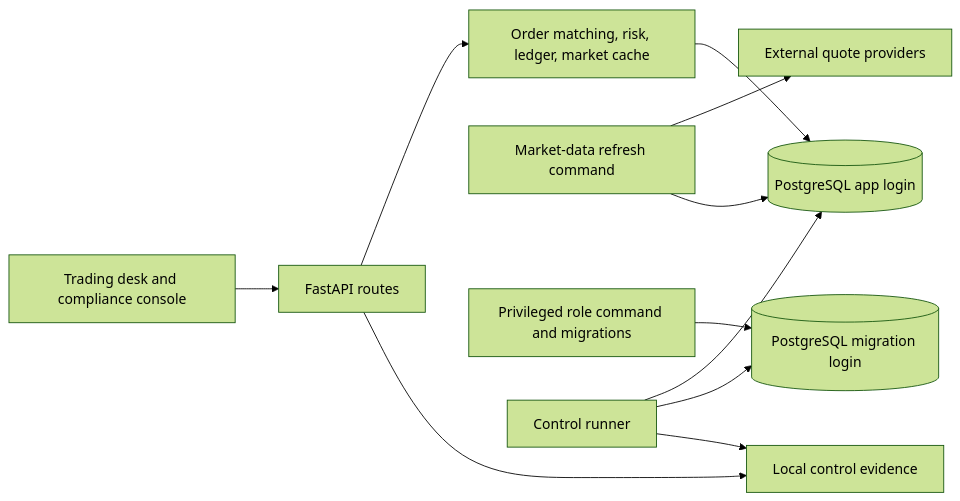
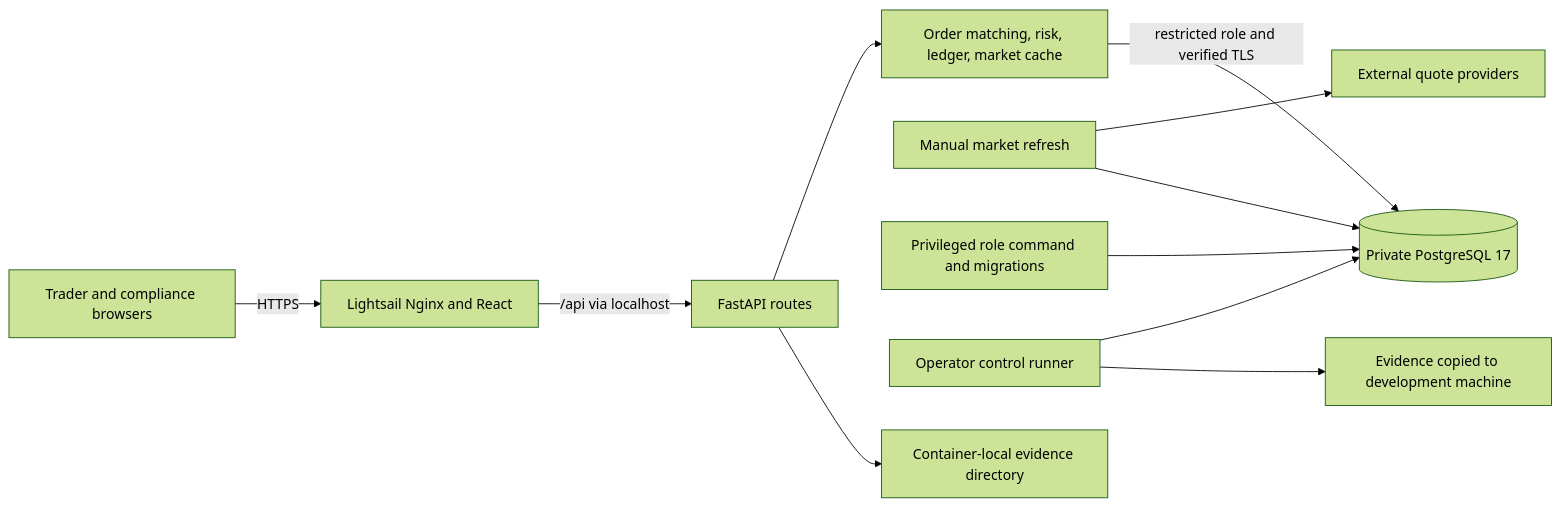
Before and after one commit to slowgold05/Fintech-trading-risk-engine: the diagram in Architecture.md, drawn with Mermaid (forest theme). The commit also changed other lines of this file and 8 other files, not shown here.

````diff
--- a/Architecture.md
+++ b/Architecture.md
@@ -5,13 +5,13 @@
 ```mermaid
 flowchart LR
-    Browser[Trading desk and compliance console] --> API[FastAPI routes]
+    Browser[Trader and compliance browsers] -->|HTTPS| Web[Lightsail Nginx and React]
+    Web -->|/api via localhost| API[FastAPI routes]
     API --> Services[Order matching, risk, ledger, market cache]
-    Services --> AppDB[(PostgreSQL app login)]
-    MarketJob[Market-data refresh command] --> Providers[External quote providers]
-    MarketJob --> AppDB
-    Operator[Privileged role command and migrations] --> AdminDB[(PostgreSQL migration login)]
-    Controls[Control runner] --> AppDB
-    Controls --> AdminDB
-    Controls --> Evidence[Local control evidence]
-    API --> Evidence
+    Services -->|restricted role and verified TLS| DB[(Private PostgreSQL 17)]
+    MarketJob[Manual market refresh] --> Providers[External quote providers]
+    MarketJob --> DB
+    Operator[Privileged role command and migrations] --> DB
+    Controls[Operator control runner] --> DB
+    Controls --> Evidence[Evidence copied to development machine]
+    API --> ContainerEvidence[Container-local evidence directory]
 ```
````
